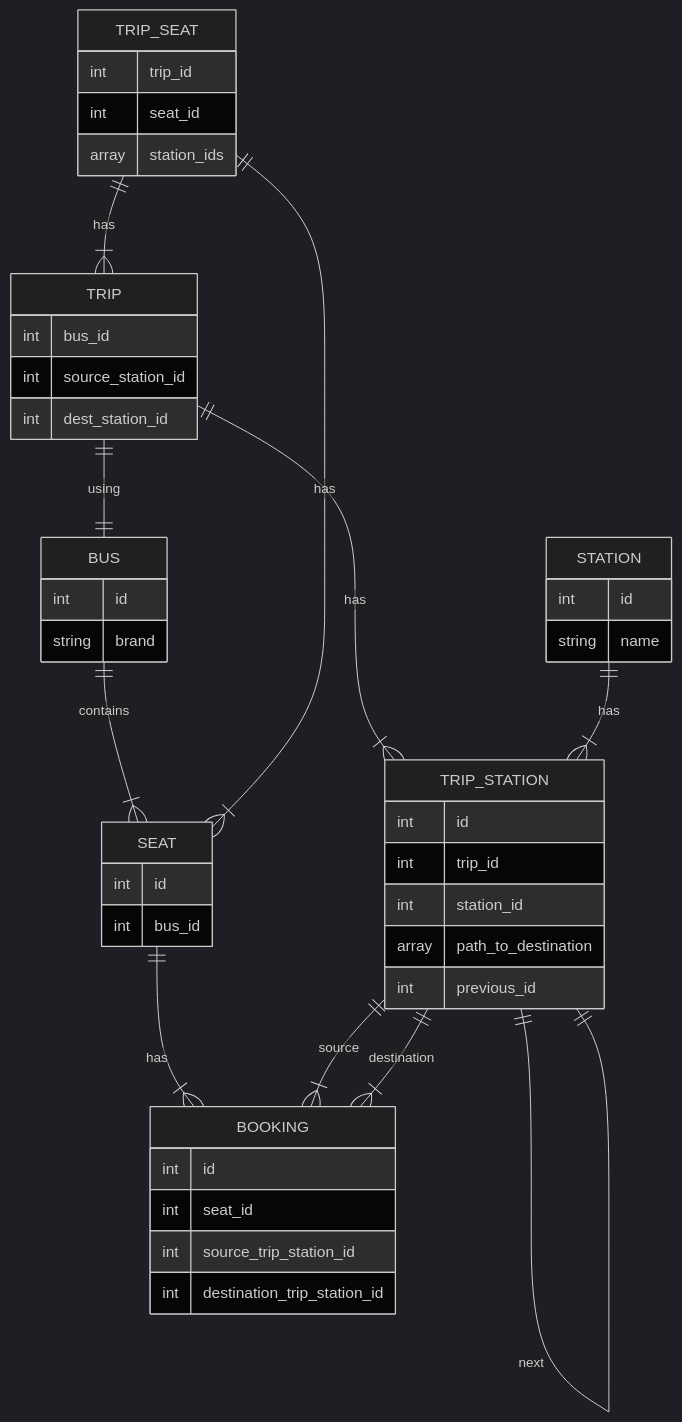
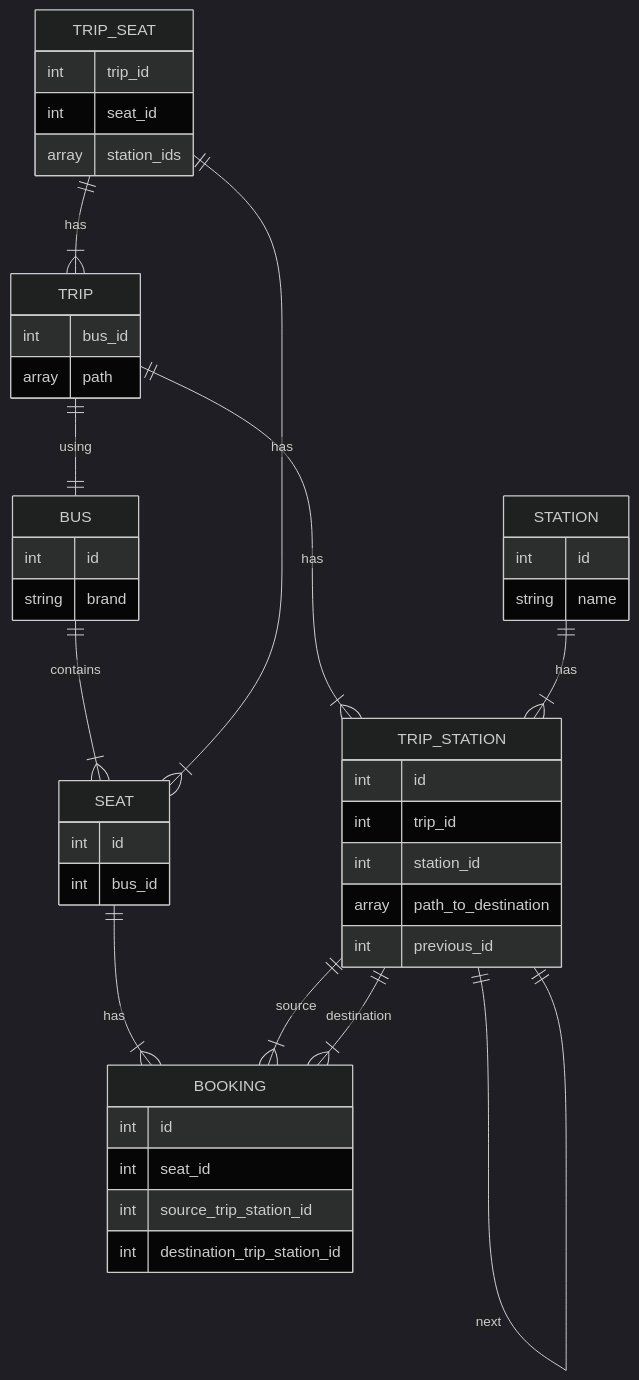
One commit to ahmedsaeedsaid/bus-booking-system changed the diagram in README.md. Above: the diagram before and after it, drawn with Mermaid (dark theme). The commit also changed 5 other files, not shown here.

Commit message:
feat: add path to trip schema

````diff
--- a/README.md
+++ b/README.md
@@ -15,57 +15,56 @@
 ```mermaid
 erDiagram
 
     BUS {
         int id
         string brand
     }
     
     SEAT {
         int id
         int bus_id
     }
     
     STATION {
         int id
         string name
     }
     
     TRIP {
         int bus_id
-        int source_station_id
-        int dest_station_id
+        array path
     }
     
     TRIP_STATION {
         int id
         int trip_id
         int station_id
         array path_to_destination
         int previous_id
     }
     
     TRIP_SEAT {
         int trip_id
         int seat_id
         array station_ids
     }
     
     BOOKING {
         int id
         int seat_id
         int source_trip_station_id
         int destination_trip_station_id
     }
     
     BUS ||--|{ SEAT : contains
     TRIP ||--|{ TRIP_STATION : has
     STATION ||--|{ TRIP_STATION : has
     TRIP ||--|| BUS : using
     SEAT ||--|{ BOOKING : has
     TRIP_SEAT ||--|{ TRIP : has
     TRIP_SEAT ||--|{ SEAT : has
     TRIP_STATION ||--|{ BOOKING : source
     TRIP_STATION ||--|{ BOOKING : destination
     TRIP_STATION ||--|| TRIP_STATION : next
 
 ```
````
